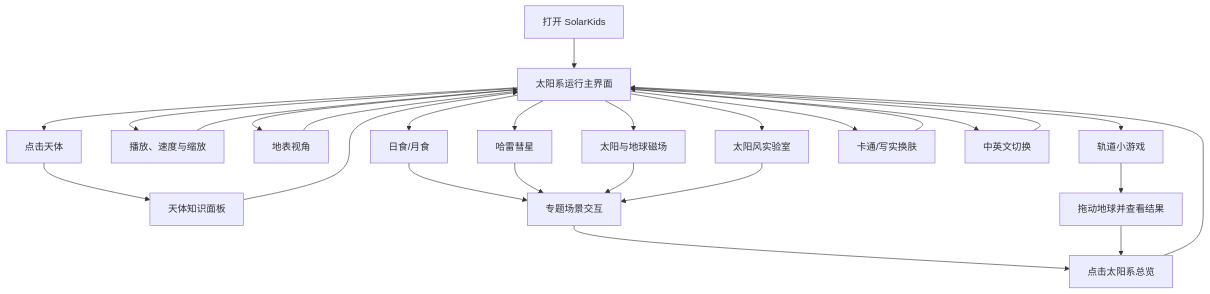
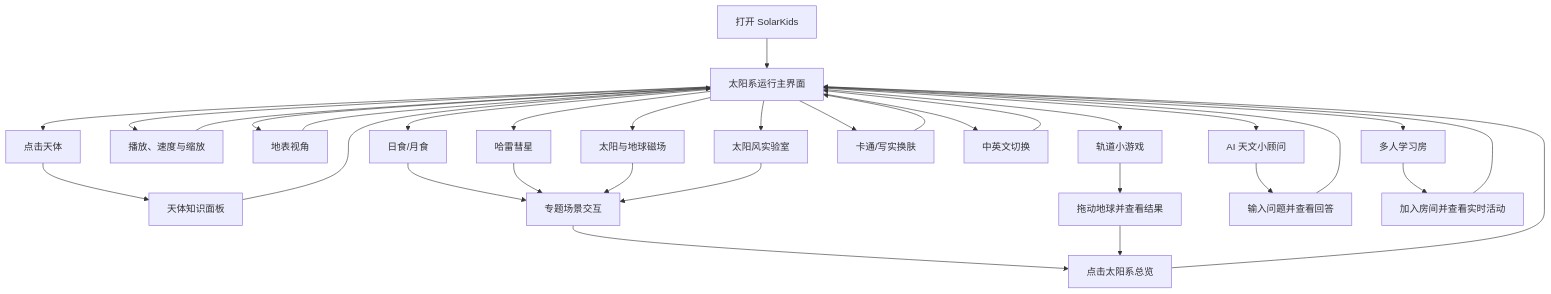
Before and after one commit to shf241/solarkids: the tenth of 10 diagrams in docs/用户操作流程图.md, drawn with Mermaid. The commit also changed other lines of this file and 18 other files, not shown here.

````diff
--- a/docs/用户操作流程图.md
+++ b/docs/用户操作流程图.md
@@ -144,30 +179,36 @@
 ```mermaid
 flowchart TD
     A["打开 SolarKids"] --> B["太阳系运行主界面"]
     B --> C["点击天体"]
     B --> D["播放、速度与缩放"]
     B --> E["地表视角"]
     B --> F["日食/月食"]
     B --> G["哈雷彗星"]
     B --> H["太阳与地球磁场"]
     B --> I["太阳风实验室"]
     B --> J["轨道小游戏"]
     B --> K["卡通/写实换肤"]
     B --> L["中英文切换"]
+    B --> Q["AI 天文小顾问"]
+    B --> R["多人学习房"]
 
     C --> M["天体知识面板"]
     F --> N["专题场景交互"]
     G --> N
     H --> N
     I --> N
     J --> O["拖动地球并查看结果"]
 
     D --> B
     E --> B
     K --> B
     L --> B
+    Q --> S["输入问题并查看回答"]
+    R --> T["加入房间并查看实时活动"]
     M --> B
     N --> P["点击太阳系总览"]
     O --> P
     P --> B
+    S --> B
+    T --> B
 ```
````
